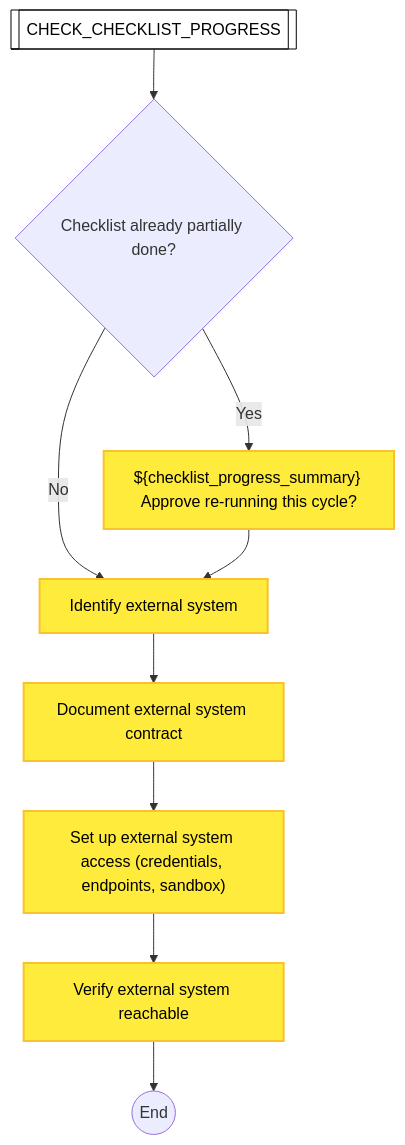
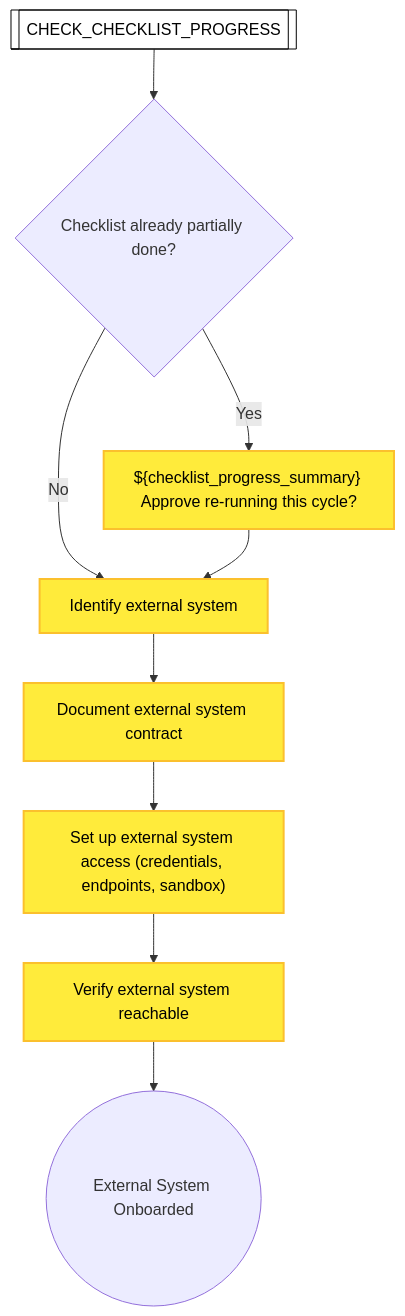
The seventh of 50 diagrams in docs/process-diagram.md (optivem/gh-optivem), drawn with Mermaid before and after one commit. The commit also changed other lines of this file and 5 other files, not shown here.

````diff
--- a/docs/process-diagram.md
+++ b/docs/process-diagram.md
@@ -143,26 +166,26 @@
 ```mermaid
 flowchart TD
     CHECK_CHECKLIST_PROGRESS[[CHECK_CHECKLIST_PROGRESS]]
     DOCUMENT_EXTERNAL_SYSTEM_CONTRACT[Document external system contract]
     GATE_CHECKLIST_PARTIALLY_DONE{Checklist already partially done?}
     IDENTIFY_EXTERNAL_SYSTEM[Identify external system]
-    ONBOARD_END((End))
+    ONBOARD_END((External System Onboarded))
     SETUP_EXTERNAL_SYSTEM_ACCESS["Set up external system access (credentials, endpoints, sandbox)"]
     STOP_CHECKLIST_PARTIALLY_DONE["${checklist_progress_summary} Approve re-running this cycle?"]
     VERIFY_EXTERNAL_SYSTEM_REACHABLE[Verify external system reachable]
 
     CHECK_CHECKLIST_PROGRESS --> GATE_CHECKLIST_PARTIALLY_DONE
     GATE_CHECKLIST_PARTIALLY_DONE -- Yes --> STOP_CHECKLIST_PARTIALLY_DONE
     GATE_CHECKLIST_PARTIALLY_DONE -- No --> IDENTIFY_EXTERNAL_SYSTEM
     STOP_CHECKLIST_PARTIALLY_DONE --> IDENTIFY_EXTERNAL_SYSTEM
     IDENTIFY_EXTERNAL_SYSTEM --> DOCUMENT_EXTERNAL_SYSTEM_CONTRACT
     DOCUMENT_EXTERNAL_SYSTEM_CONTRACT --> SETUP_EXTERNAL_SYSTEM_ACCESS
     SETUP_EXTERNAL_SYSTEM_ACCESS --> VERIFY_EXTERNAL_SYSTEM_REACHABLE
     VERIFY_EXTERNAL_SYSTEM_REACHABLE --> ONBOARD_END
 
     classDef serviceNode fill:#ffffff,stroke:#000000,stroke-width:1px,color:#000000
     class CHECK_CHECKLIST_PROGRESS serviceNode
 
     classDef humanNode fill:#ffeb3b,stroke:#fbc02d,stroke-width:2px,color:#000000
     class DOCUMENT_EXTERNAL_SYSTEM_CONTRACT,IDENTIFY_EXTERNAL_SYSTEM,SETUP_EXTERNAL_SYSTEM_ACCESS,STOP_CHECKLIST_PARTIALLY_DONE,VERIFY_EXTERNAL_SYSTEM_REACHABLE humanNode
 ```
````
